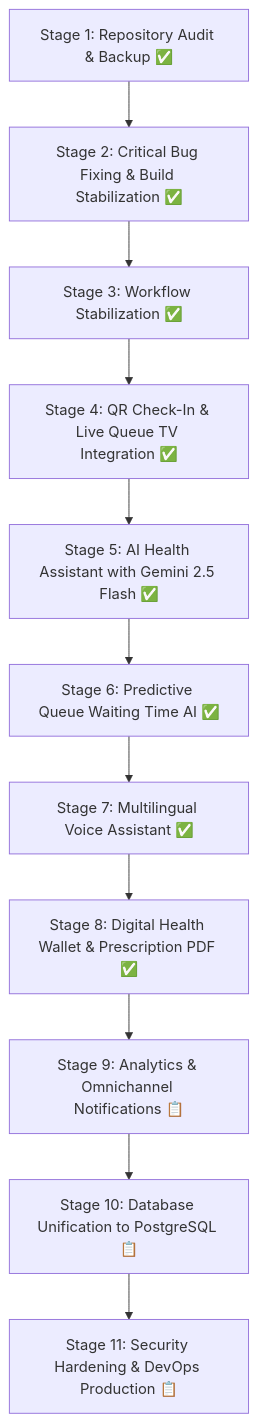
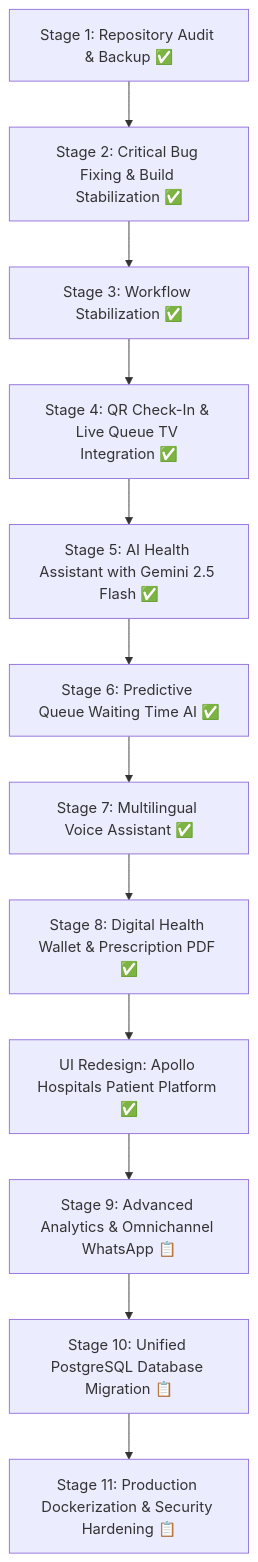
Before and after one commit to sanketlinganwar-glitch/HealPath: the diagram in HACKBYTE_PROJECT_AUDIT.md, drawn with Mermaid. The commit also changed other lines of this file, not shown here.

Commit message:
docs: update comprehensive project audit report post-UI redesign (98.20% completion)

````diff
--- a/HACKBYTE_PROJECT_AUDIT.md
+++ b/HACKBYTE_PROJECT_AUDIT.md
@@ -208,13 +200,14 @@
 ```mermaid
 flowchart TD
     S1[Stage 1: Repository Audit & Backup ✅] --> S2[Stage 2: Critical Bug Fixing & Build Stabilization ✅]
     S2 --> S3[Stage 3: Workflow Stabilization ✅]
     S3 --> S4[Stage 4: QR Check-In & Live Queue TV Integration ✅]
     S4 --> S5[Stage 5: AI Health Assistant with Gemini 2.5 Flash ✅]
     S5 --> S6[Stage 6: Predictive Queue Waiting Time AI ✅]
     S6 --> S7[Stage 7: Multilingual Voice Assistant ✅]
     S7 --> S8[Stage 8: Digital Health Wallet & Prescription PDF ✅]
-    S8 --> S9[Stage 9: Analytics & Omnichannel Notifications 📋]
-    S9 --> S10[Stage 10: Database Unification to PostgreSQL 📋]
-    S10 --> S11[Stage 11: Security Hardening & DevOps Production 📋]
+    S8 --> SR[UI Redesign: Apollo Hospitals Patient Platform ✅]
+    SR --> S9[Stage 9: Advanced Analytics & Omnichannel WhatsApp 📋]
+    S9 --> S10[Stage 10: Unified PostgreSQL Database Migration 📋]
+    S10 --> S11[Stage 11: Production Dockerization & Security Hardening 📋]
 ```
````
